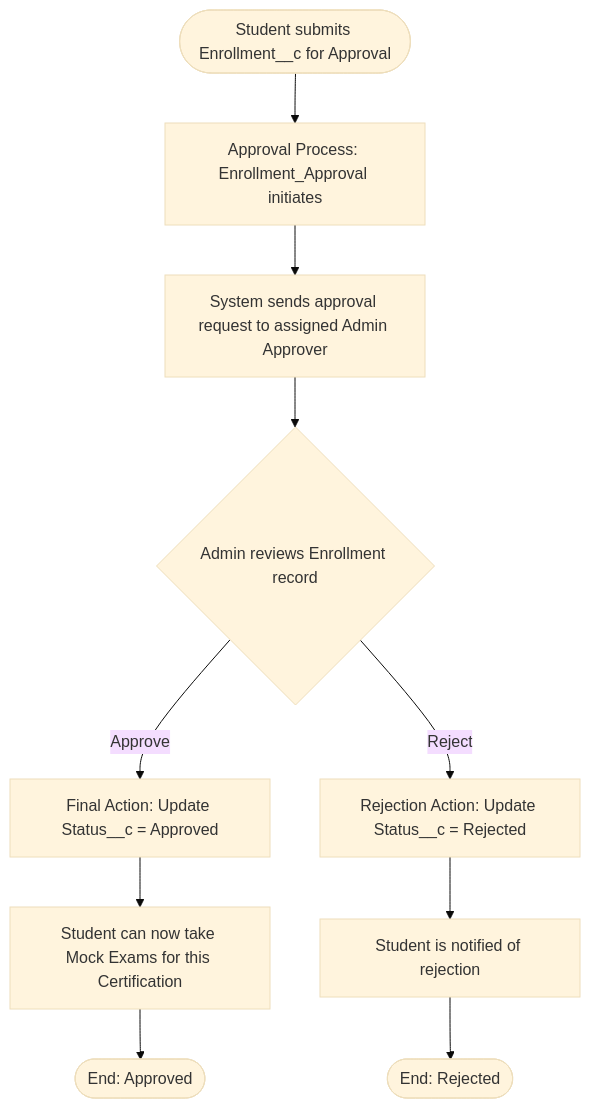
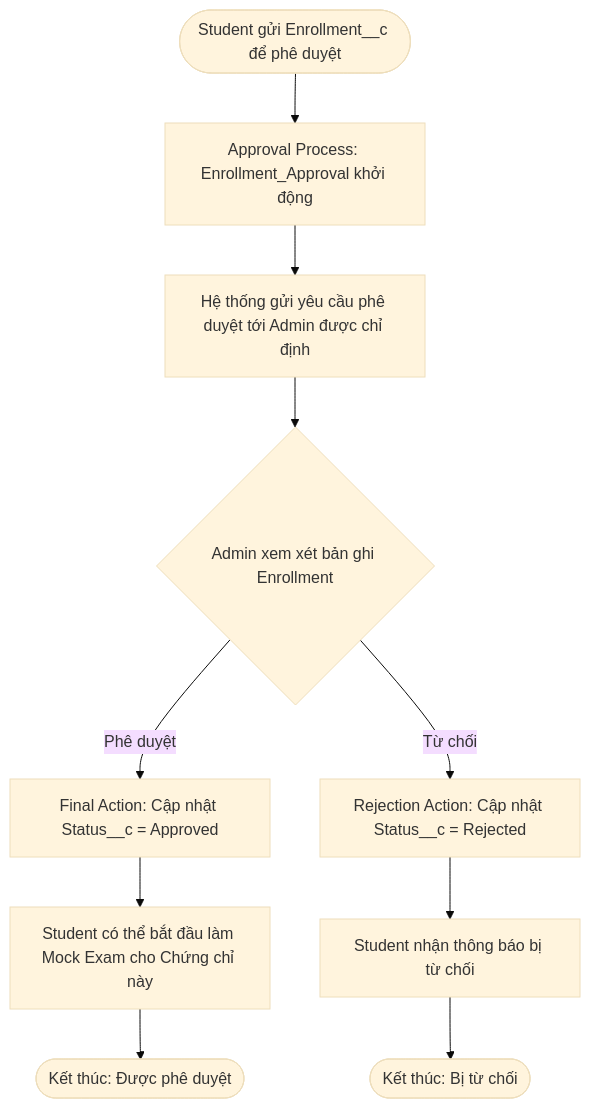
One commit to LaPhuocLoc/Salesforce-Project changed the sixth of 8 diagrams in Flow.md. Above: the diagram before and after it, drawn with Mermaid (base theme). The commit also changed other lines of this file, not shown here.

Commit message:
Translate Business Process Flows to Vietnamese

````diff
--- a/Flow.md
+++ b/Flow.md
@@ -150,12 +150,12 @@
 ```mermaid
 flowchart TD
-    A([Student submits Enrollment__c for Approval]) --> B[Approval Process: Enrollment_Approval initiates]
-    B --> C[System sends approval request to assigned Admin Approver]
-    C --> D{Admin reviews Enrollment record}
-    D -- Approve --> E[Final Action: Update Status__c = Approved]
-    D -- Reject --> F[Rejection Action: Update Status__c = Rejected]
-    E --> G[Student can now take Mock Exams for this Certification]
-    F --> H[Student is notified of rejection]
-    G --> I([End: Approved])
-    H --> J([End: Rejected])
+    A([Student gửi Enrollment__c để phê duyệt]) --> B[Approval Process: Enrollment_Approval khởi động]
+    B --> C[Hệ thống gửi yêu cầu phê duyệt tới Admin được chỉ định]
+    C --> D{Admin xem xét bản ghi Enrollment}
+    D -- Phê duyệt --> E[Final Action: Cập nhật Status__c = Approved]
+    D -- Từ chối --> F[Rejection Action: Cập nhật Status__c = Rejected]
+    E --> G[Student có thể bắt đầu làm Mock Exam cho Chứng chỉ này]
+    F --> H[Student nhận thông báo bị từ chối]
+    G --> I([Kết thúc: Được phê duyệt])
+    H --> J([Kết thúc: Bị từ chối])
 ```
````
